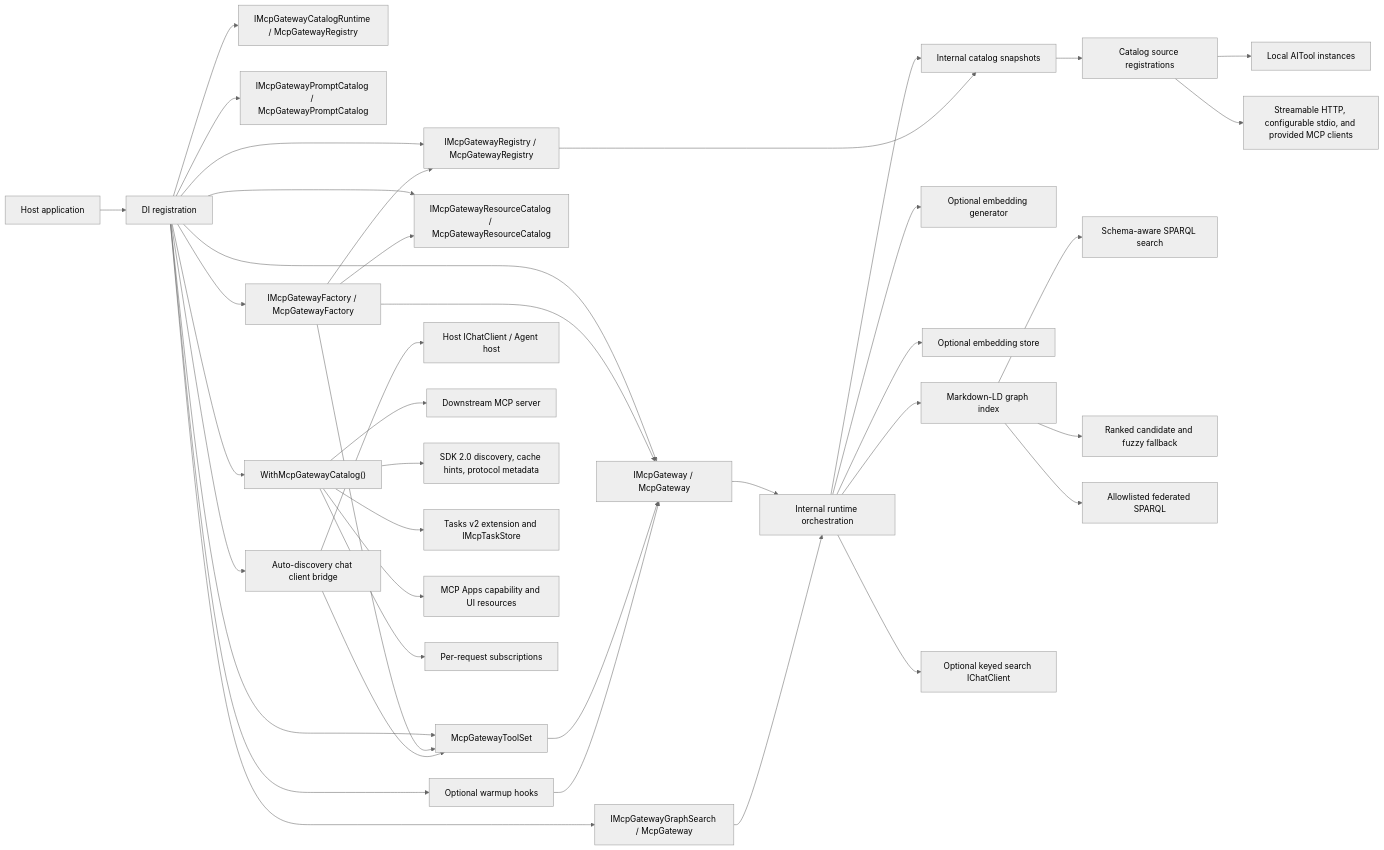
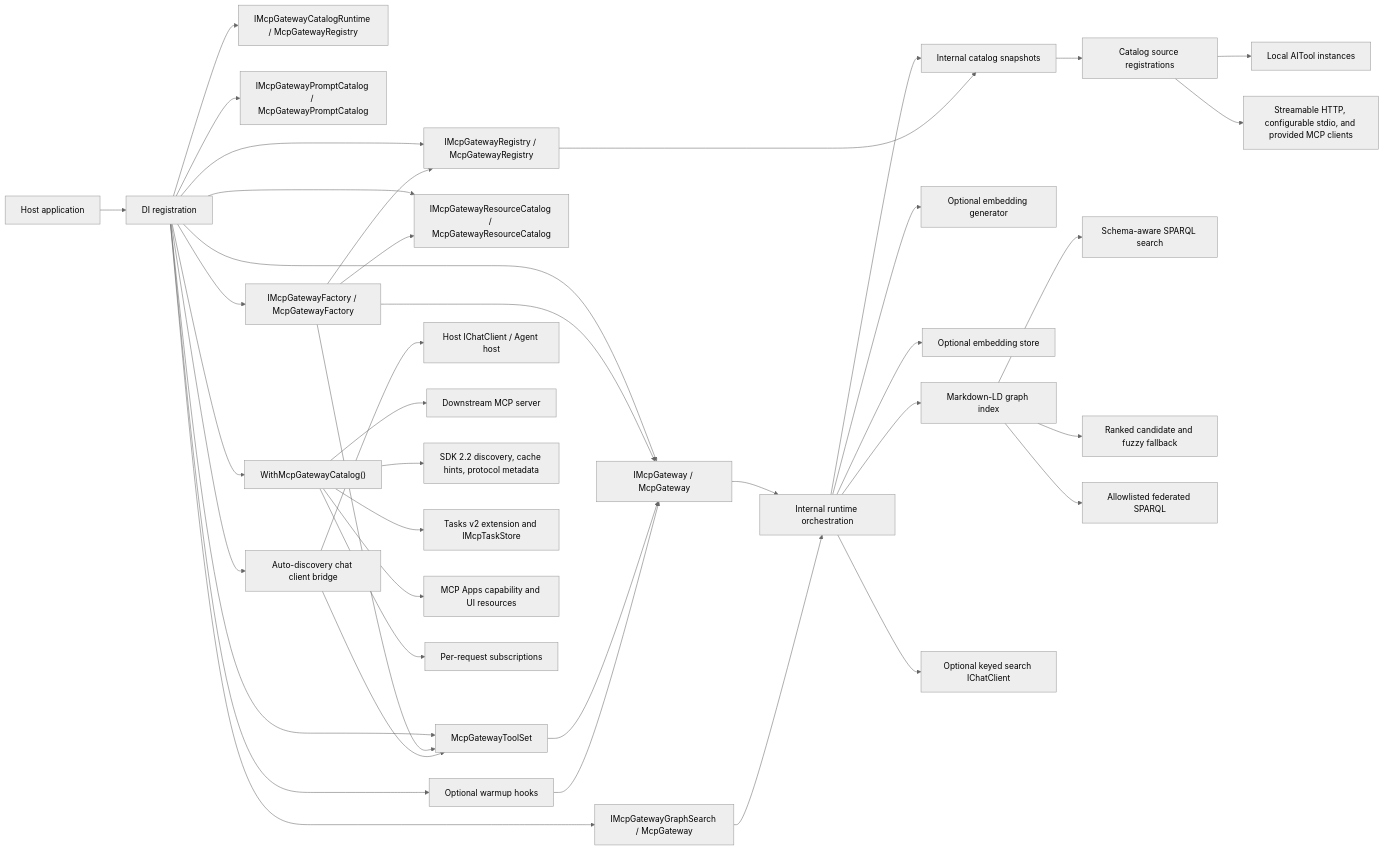
The second of 4 diagrams in docs/Architecture/Overview.md (managedcode/MCPGateway), drawn with Mermaid (neutral theme) before and after one commit. The commit also changed other lines of this file and 22 other files, not shown here.

````diff
--- a/docs/Architecture/Overview.md
+++ b/docs/Architecture/Overview.md
@@ -65,42 +65,42 @@
 ```mermaid
 flowchart LR
     Host["Host application"] --> DI["DI registration"]
     DI --> Facade["IMcpGateway / McpGateway"]
     DI --> Registry["IMcpGatewayRegistry / McpGatewayRegistry"]
     DI --> CatalogRuntime["IMcpGatewayCatalogRuntime / McpGatewayRegistry"]
     DI --> GraphSearch["IMcpGatewayGraphSearch / McpGateway"]
     DI --> PromptCatalog["IMcpGatewayPromptCatalog / McpGatewayPromptCatalog"]
     DI --> ResourceCatalog["IMcpGatewayResourceCatalog / McpGatewayResourceCatalog"]
     DI --> Factory["IMcpGatewayFactory / McpGatewayFactory"]
     DI --> ToolSet["McpGatewayToolSet"]
     DI --> McpServerExport["WithMcpGatewayCatalog()"]
     DI --> AutoDiscovery["Auto-discovery chat client bridge"]
     DI --> Warmup["Optional warmup hooks"]
     Factory --> Facade
     Factory --> Registry
     Factory --> ResourceCatalog
     Factory --> ToolSet
     ToolSet --> Facade
     AutoDiscovery --> ToolSet
     AutoDiscovery --> HostChat["Host IChatClient / Agent host"]
     Warmup --> Facade
     Facade --> Runtime["Internal runtime orchestration"]
     GraphSearch --> Runtime
     Runtime --> Catalog["Internal catalog snapshots"]
     Registry --> Catalog
     Catalog --> Sources["Catalog source registrations"]
     Sources --> Local["Local AITool instances"]
     Sources --> MCP["Streamable HTTP, configurable stdio, and provided MCP clients"]
     McpServerExport --> ExportedMcp["Downstream MCP server"]
-    McpServerExport --> SdkCore["SDK 2.0 discovery, cache hints, protocol metadata"]
+    McpServerExport --> SdkCore["SDK 2.2 discovery, cache hints, protocol metadata"]
     McpServerExport --> Tasks["Tasks v2 extension and IMcpTaskStore"]
     McpServerExport --> Apps["MCP Apps capability and UI resources"]
     McpServerExport --> Subscriptions["Per-request subscriptions"]
     Runtime --> Embedder["Optional embedding generator"]
     Runtime --> Store["Optional embedding store"]
     Runtime --> Graph["Markdown-LD graph index"]
     Graph --> SchemaSparql["Schema-aware SPARQL search"]
     Graph --> RankedCandidates["Ranked candidate and fuzzy fallback"]
     Graph --> FederatedSparql["Allowlisted federated SPARQL"]
     Runtime --> Normalizer["Optional keyed search IChatClient"]
 ```
````
